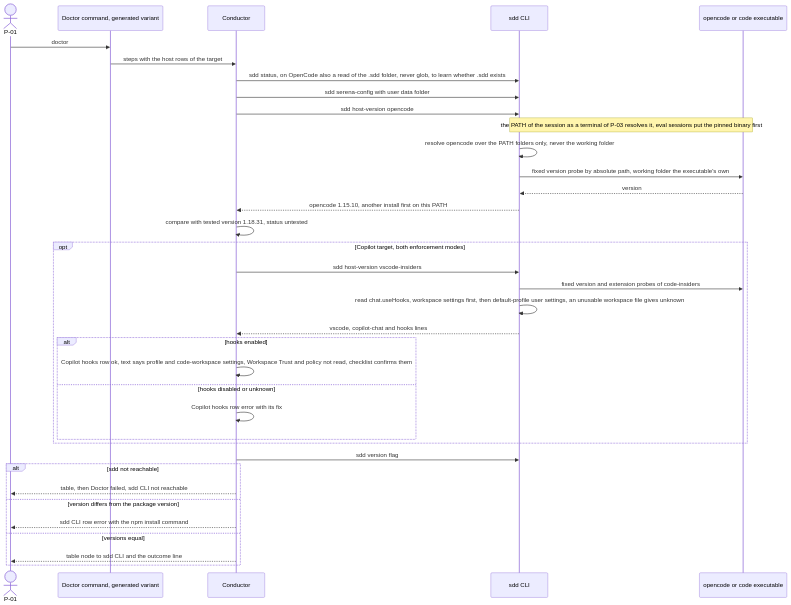
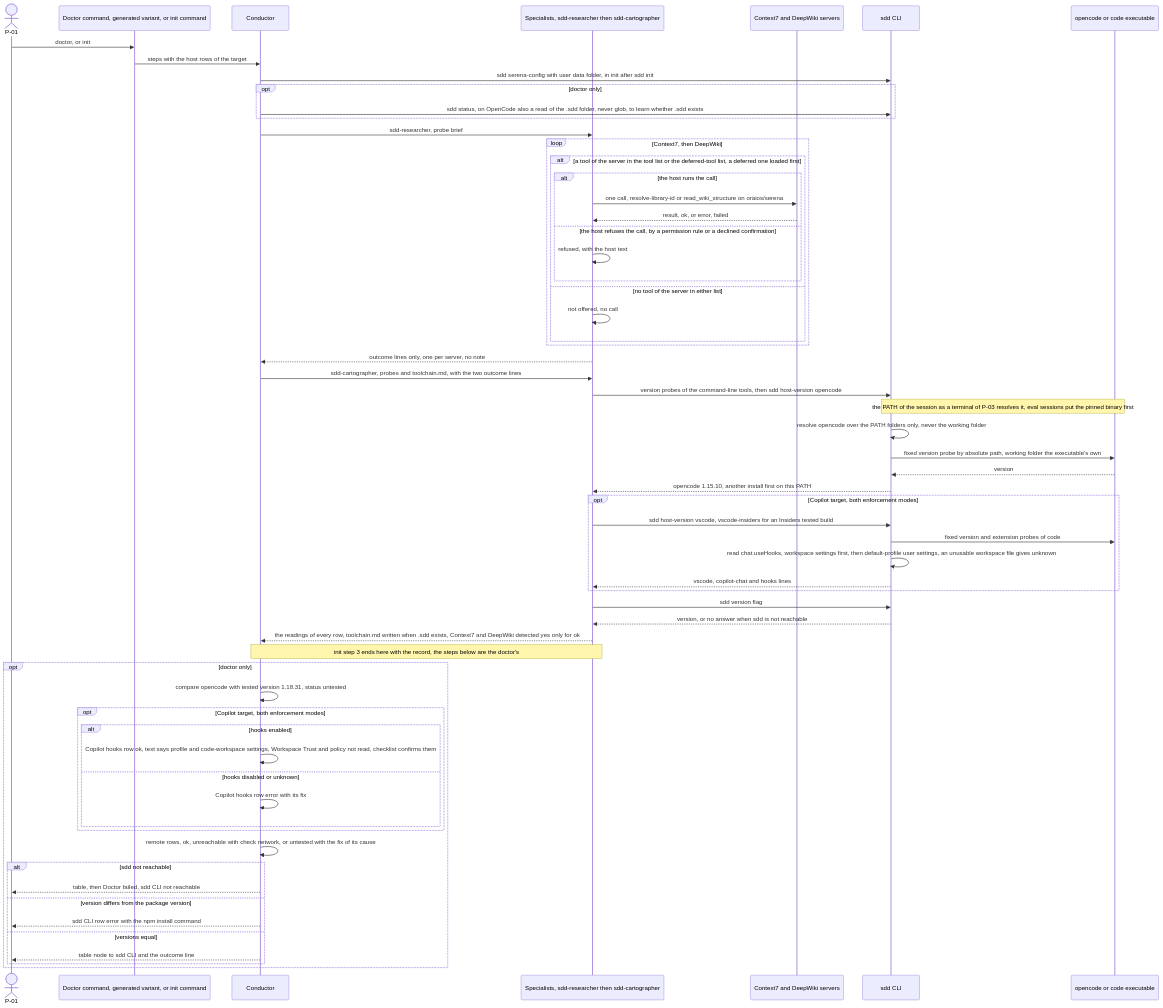
One commit to jlacube/spec-architect changed the ninth of 15 diagrams in .sdd/002-multi-platform-targets/10-spec/60-architecture/architecture.md. Above: the diagram before and after it, drawn with Mermaid. The commit also changed other lines of this file and 41 other files, not shown here.

````diff
--- a/.sdd/002-multi-platform-targets/10-spec/60-architecture/architecture.md
+++ b/.sdd/002-multi-platform-targets/10-spec/60-architecture/architecture.md
@@ -893,39 +938,66 @@
 ```mermaid
 sequenceDiagram
-  %% F8 doctor with host rows. Realizes C002-TS-506 C002-TS-509 C002-TS-513 C002-TS-515 C002-TS-516
+  %% F8 doctor with host rows and the remote-server probe, and init step 3. Realizes C002-TS-506 C002-TS-509 C002-TS-513 C002-TS-515 C002-TS-516 C002-TS-709 C002-TS-710
   actor P01 as P-01
-  participant C002_COMP_015 as Doctor command, generated variant
+  participant C002_COMP_015 as Doctor command, generated variant, or init command
   participant C002_COMP_014 as Conductor
+  participant C002_COMP_019 as Specialists, sdd-researcher then sdd-cartographer
+  participant MCP as Context7 and DeepWiki servers
   participant C002_COMP_018 as sdd CLI
   participant HOST as opencode or code executable
-  P01->>C002_COMP_015: doctor
+  P01->>C002_COMP_015: doctor, or init
   C002_COMP_015->>C002_COMP_014: steps with the host rows of the target
-  C002_COMP_014->>C002_COMP_018: sdd status, on OpenCode also a read of the .sdd folder, never glob, to learn whether .sdd exists
-  C002_COMP_014->>C002_COMP_018: sdd serena-config with user data folder
-  C002_COMP_014->>C002_COMP_018: sdd host-version opencode
+  C002_COMP_014->>C002_COMP_018: sdd serena-config with user data folder, in init after sdd init
+  opt doctor only
+    C002_COMP_014->>C002_COMP_018: sdd status, on OpenCode also a read of the .sdd folder, never glob, to learn whether .sdd exists
+  end
+  C002_COMP_014->>C002_COMP_019: sdd-researcher, probe brief
+  loop Context7, then DeepWiki
+    alt a tool of the server in the tool list or the deferred-tool list, a deferred one loaded first
+      alt the host runs the call
+        C002_COMP_019->>MCP: one call, resolve-library-id or read_wiki_structure on oraios/serena
+        MCP-->>C002_COMP_019: result, ok, or error, failed
+      else the host refuses the call, by a permission rule or a declined confirmation
+        C002_COMP_019->>C002_COMP_019: refused, with the host text
+      end
+    else no tool of the server in either list
+      C002_COMP_019->>C002_COMP_019: not offered, no call
+    end
+  end
+  C002_COMP_019-->>C002_COMP_014: outcome lines only, one per server, no note
+  C002_COMP_014->>C002_COMP_019: sdd-cartographer, probes and toolchain.md, with the two outcome lines
+  C002_COMP_019->>C002_COMP_018: version probes of the command-line tools, then sdd host-version opencode
   Note over C002_COMP_018,HOST: the PATH of the session as a terminal of P-03 resolves it, eval sessions put the pinned binary first
   C002_COMP_018->>C002_COMP_018: resolve opencode over the PATH folders only, never the working folder
   C002_COMP_018->>HOST: fixed version probe by absolute path, working folder the executable's own
   HOST-->>C002_COMP_018: version
-  C002_COMP_018-->>C002_COMP_014: opencode 1.15.10, another install first on this PATH
-  C002_COMP_014->>C002_COMP_014: compare with tested version 1.18.31, status untested
+  C002_COMP_018-->>C002_COMP_019: opencode 1.15.10, another install first on this PATH
   opt Copilot target, both enforcement modes
-    C002_COMP_014->>C002_COMP_018: sdd host-version vscode-insiders
-    C002_COMP_018->>HOST: fixed version and extension probes of code-insiders
+    C002_COMP_019->>C002_COMP_018: sdd host-version vscode, vscode-insiders for an Insiders tested build
+    C002_COMP_018->>HOST: fixed version and extension probes of code
     C002_COMP_018->>C002_COMP_018: read chat.useHooks, workspace settings first, then default-profile user settings, an unusable workspace file gives unknown
-    C002_COMP_018-->>C002_COMP_014: vscode, copilot-chat and hooks lines
-    alt hooks enabled
-      C002_COMP_014->>C002_COMP_014: Copilot hooks row ok, text says profile and code-workspace settings, Workspace Trust and policy not read, checklist confirms them
-    else hooks disabled or unknown
-      C002_COMP_014->>C002_COMP_014: Copilot hooks row error with its fix
+    C002_COMP_018-->>C002_COMP_019: vscode, copilot-chat and hooks lines
+  end
+  C002_COMP_019->>C002_COMP_018: sdd version flag
+  C002_COMP_018-->>C002_COMP_019: version, or no answer when sdd is not reachable
+  C002_COMP_019-->>C002_COMP_014: the readings of every row, toolchain.md written when .sdd exists, Context7 and DeepWiki detected yes only for ok
+  Note over C002_COMP_014,C002_COMP_019: init step 3 ends here with the record, the steps below are the doctor's
+  opt doctor only
+    C002_COMP_014->>C002_COMP_014: compare opencode with tested version 1.18.31, status untested
+    opt Copilot target, both enforcement modes
+      alt hooks enabled
+        C002_COMP_014->>C002_COMP_014: Copilot hooks row ok, text says profile and code-workspace settings, Workspace Trust and policy not read, checklist confirms them
+      else hooks disabled or unknown
+        C002_COMP_014->>C002_COMP_014: Copilot hooks row error with its fix
+      end
+    end
+    C002_COMP_014->>C002_COMP_014: remote rows, ok, unreachable with check network, or untested with the fix of its cause
+    alt sdd not reachable
+      C002_COMP_014-->>P01: table, then Doctor failed, sdd CLI not reachable
+    else version differs from the package version
+      C002_COMP_014-->>P01: sdd CLI row error with the npm install command
+    else versions equal
+      C002_COMP_014-->>P01: table node to sdd CLI and the outcome line
     end
   end
-  C002_COMP_014->>C002_COMP_018: sdd version flag
-  alt sdd not reachable
-    C002_COMP_014-->>P01: table, then Doctor failed, sdd CLI not reachable
-  else version differs from the package version
-    C002_COMP_014-->>P01: sdd CLI row error with the npm install command
-  else versions equal
-    C002_COMP_014-->>P01: table node to sdd CLI and the outcome line
-  end
 ```
````
